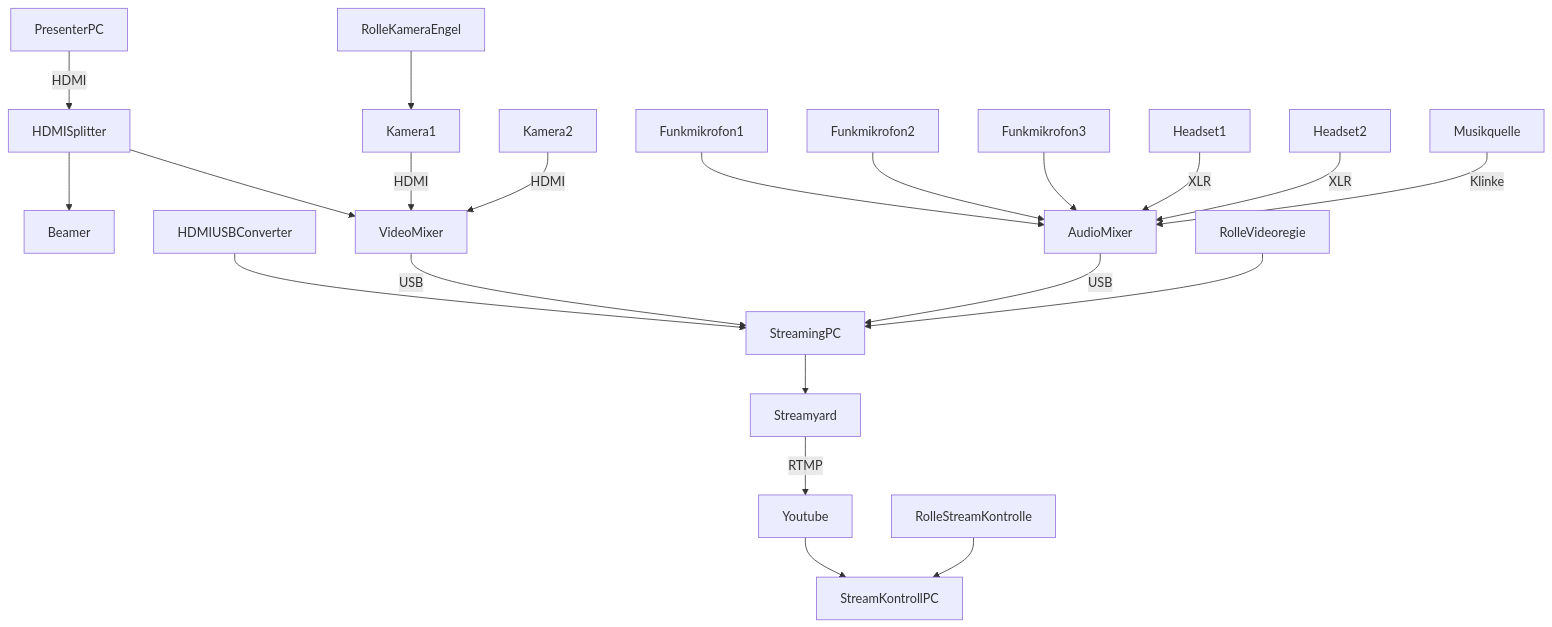
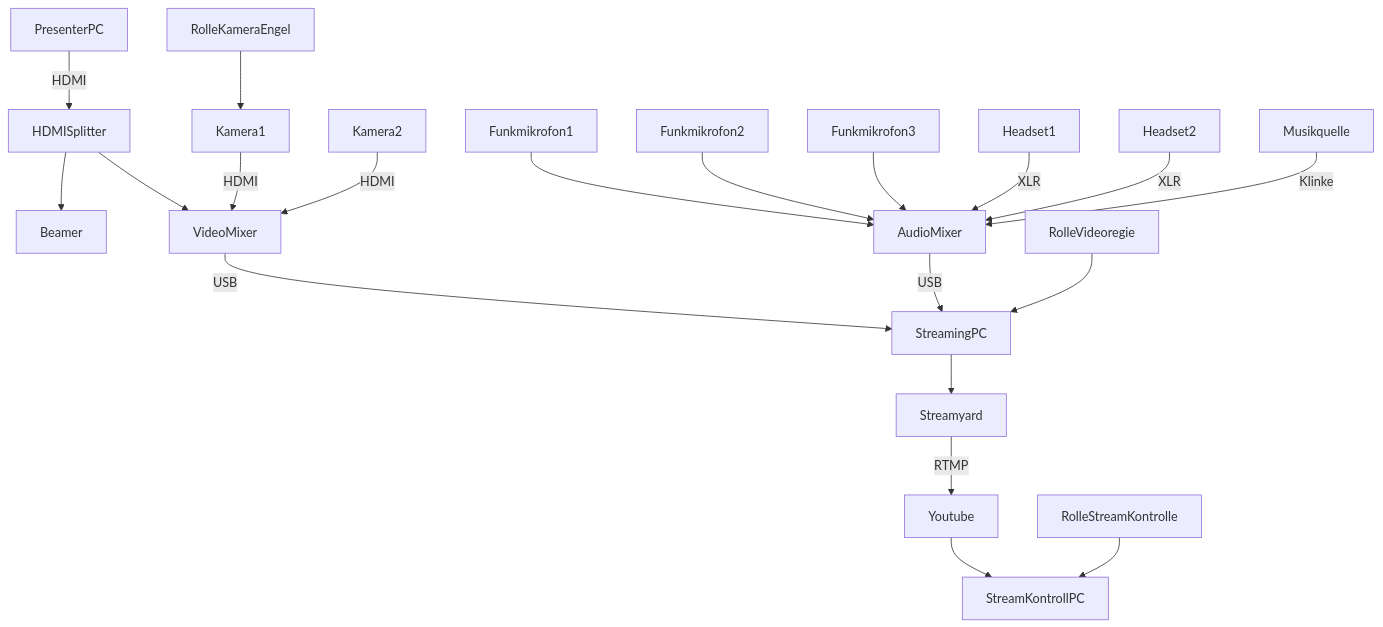
One commit to cogneon/digital-asset-pool changed the first of 2 diagrams in loscon22/Readme.md. Above: the diagram before and after it, drawn with Mermaid.

````diff
--- a/loscon22/Readme.md
+++ b/loscon22/Readme.md
@@ -18,23 +18,22 @@
 ```mermaid
   graph TD;
       PresenterPC-->|HDMI|HDMISplitter;
       HDMISplitter-->Beamer;
       HDMISplitter-->VideoMixer;
-      HDMIUSBConverter-->StreamingPC;
       Funkmikrofon1-->AudioMixer;
       Funkmikrofon2-->AudioMixer;
       Funkmikrofon3-->AudioMixer;
       Headset1-->|XLR|AudioMixer;
       Headset2-->|XLR|AudioMixer;
       Musikquelle-->|Klinke|AudioMixer;
       Kamera1-->|HDMI|VideoMixer;
       RolleKameraEngel-->Kamera1;
       Kamera2-->|HDMI|VideoMixer;
       VideoMixer-->|USB|StreamingPC;
       AudioMixer-->|USB|StreamingPC;
       StreamingPC-->Streamyard;
       Streamyard-->|RTMP|Youtube;
       Youtube-->StreamKontrollPC;
       RolleVideoregie-->StreamingPC;
       RolleStreamKontrolle-->StreamKontrollPC;
 ```
````
